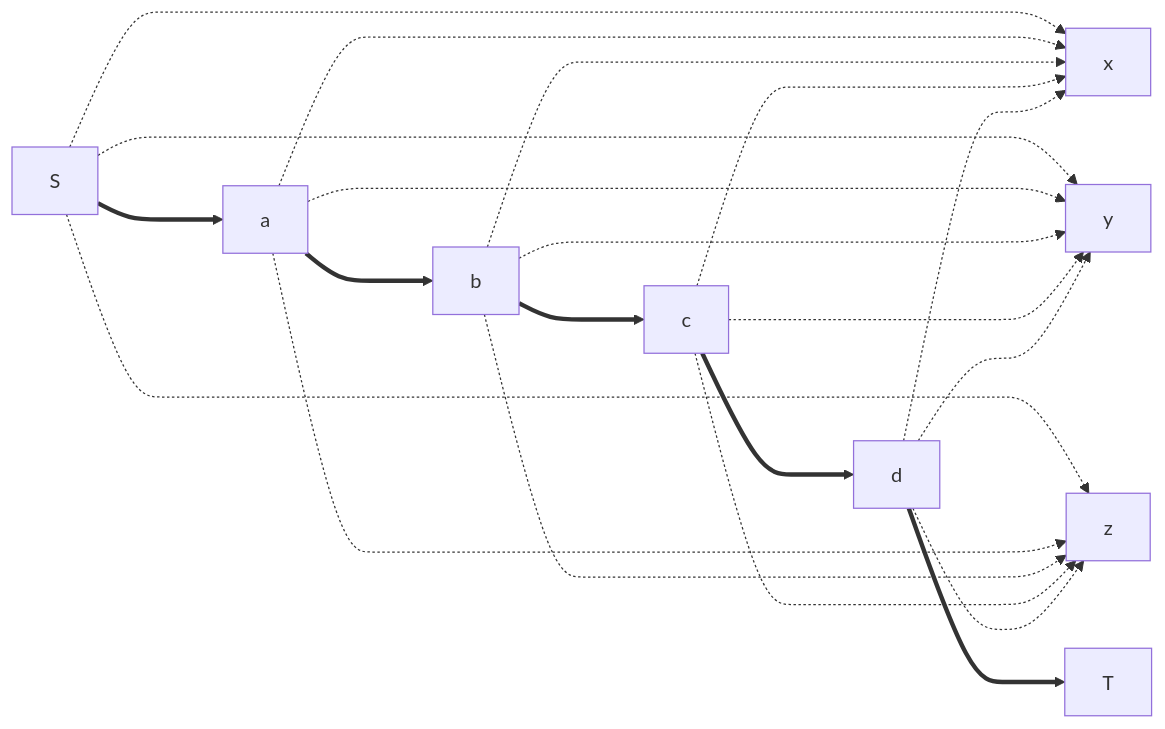
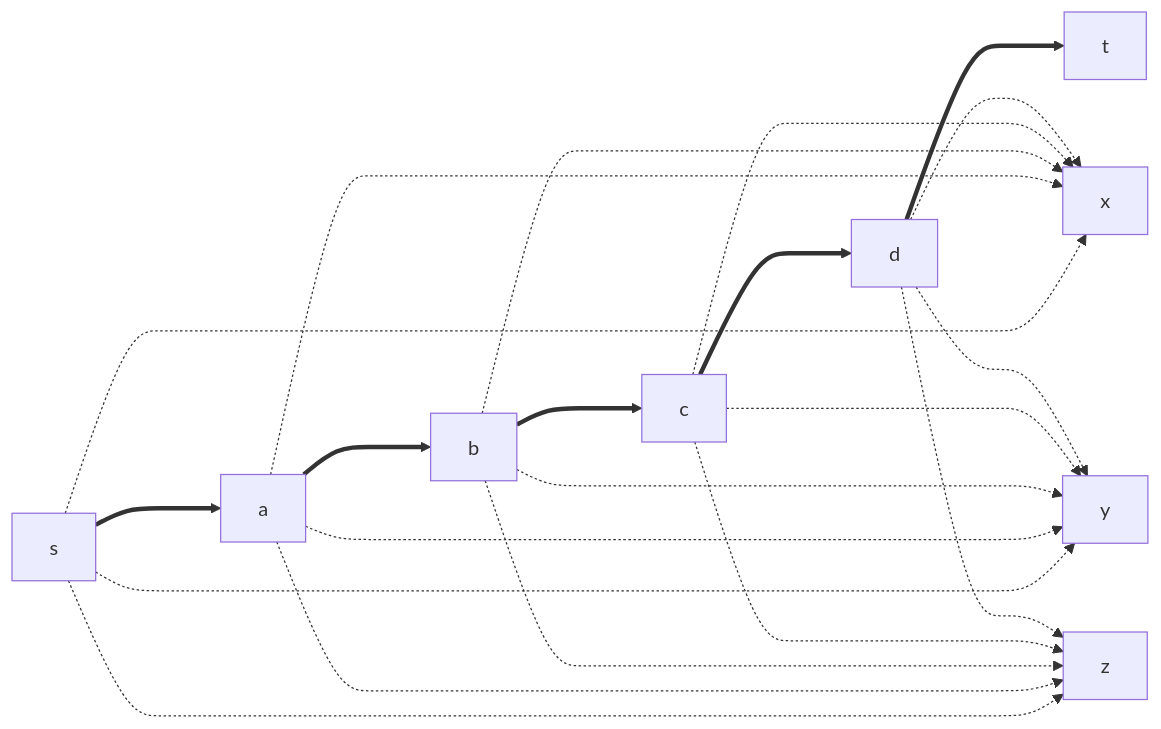
One commit to fstqwq/AI2615 changed the second of 3 diagrams in docs/flow/update.md. Above: the diagram before and after it, drawn with Mermaid. The commit also changed other lines of this file and 2 other files, not shown here.

````diff
--- a/docs/flow/update.md
+++ b/docs/flow/update.md
@@ -82,5 +82,5 @@
 ```mermaid
 graph LR
-    S & a & b & c & d -..-> x & y & z 
-    S ===> a ===> b ===> c ===> d ===> T
+    s ===> a ===> b ===> c ===> d ===> t
+    s & a & b & c & d -..-> x & y & z 
 ```
````
